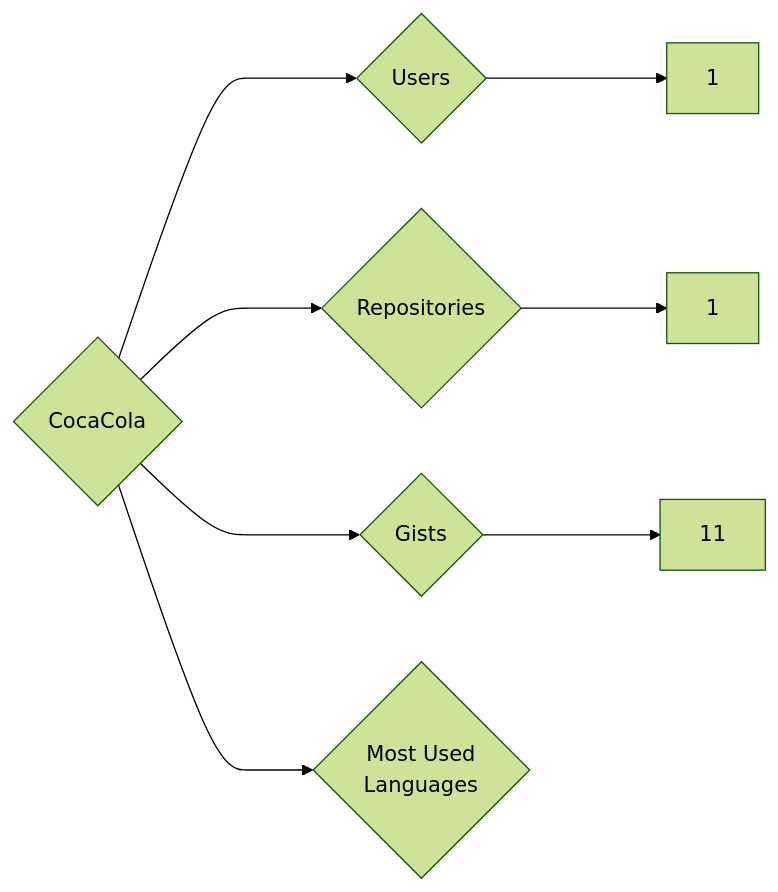
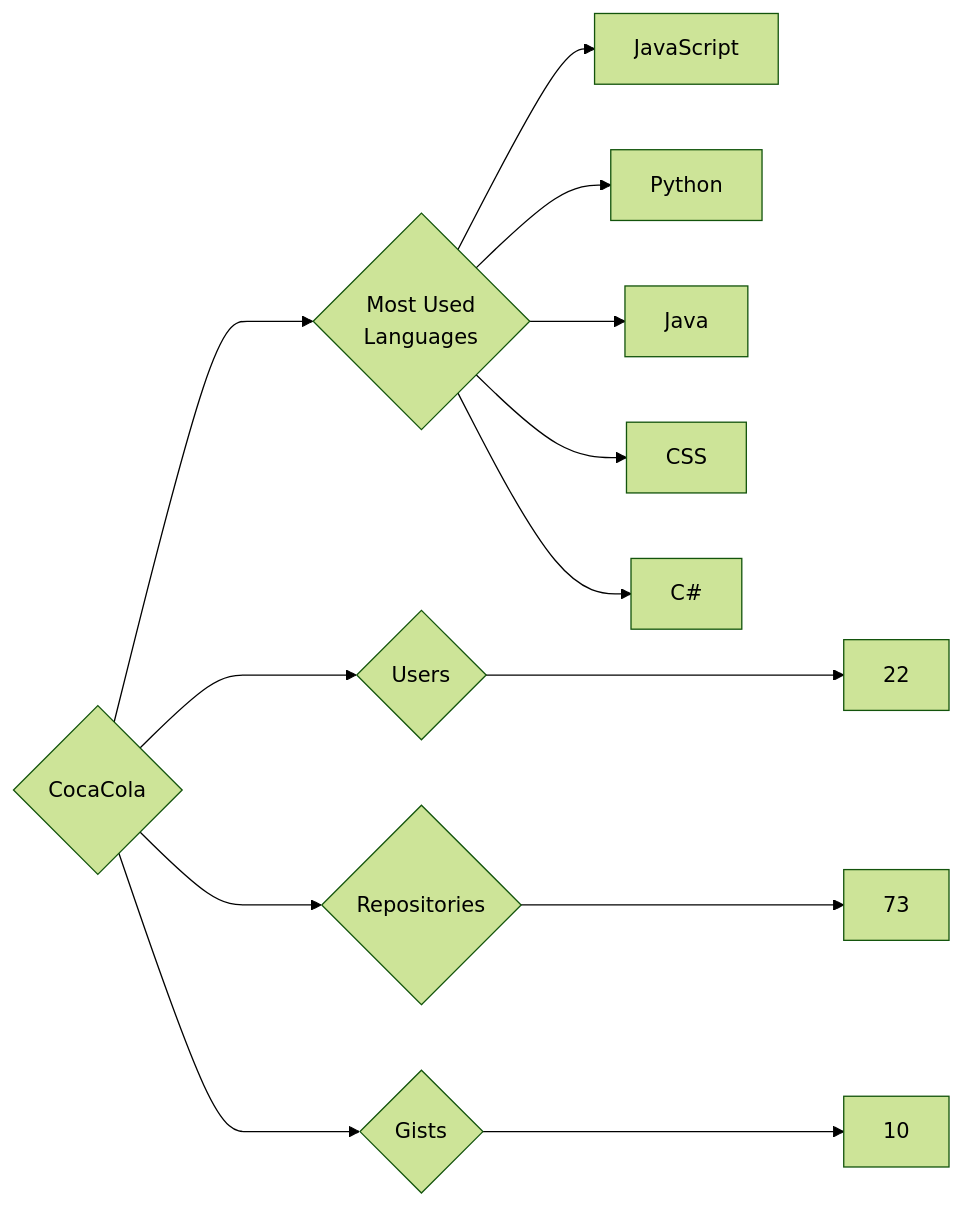
The diagram in targets/CocaCola/README.md (trickest/insiders), drawn with Mermaid (forest theme) before and after one commit. The commit also changed 894 other files, not shown here.

````diff
--- a/targets/CocaCola/README.md
+++ b/targets/CocaCola/README.md
@@ -3,8 +3,13 @@
 ```mermaid
 graph LR
 COMPANY_NAME{CocaCola}
-COMPANY_NAME ---> U{Users} ---> UN[1]
-COMPANY_NAME ---> R{Repositories} ---> RN[1]
-COMPANY_NAME ---> G{Gists} ---> GN[11]
+COMPANY_NAME ---> U{Users} ---> UN[22]
+COMPANY_NAME ---> R{Repositories} ---> RN[73]
+COMPANY_NAME ---> G{Gists} ---> GN[10]
 COMPANY_NAME ---> ML{Most Used<br>Languages}
+ML --> JavaScript[JavaScript]
+ML --> Python[Python]
+ML --> Java[Java]
+ML --> CSS[CSS]
+ML --> C#[C#]
 ```
````
